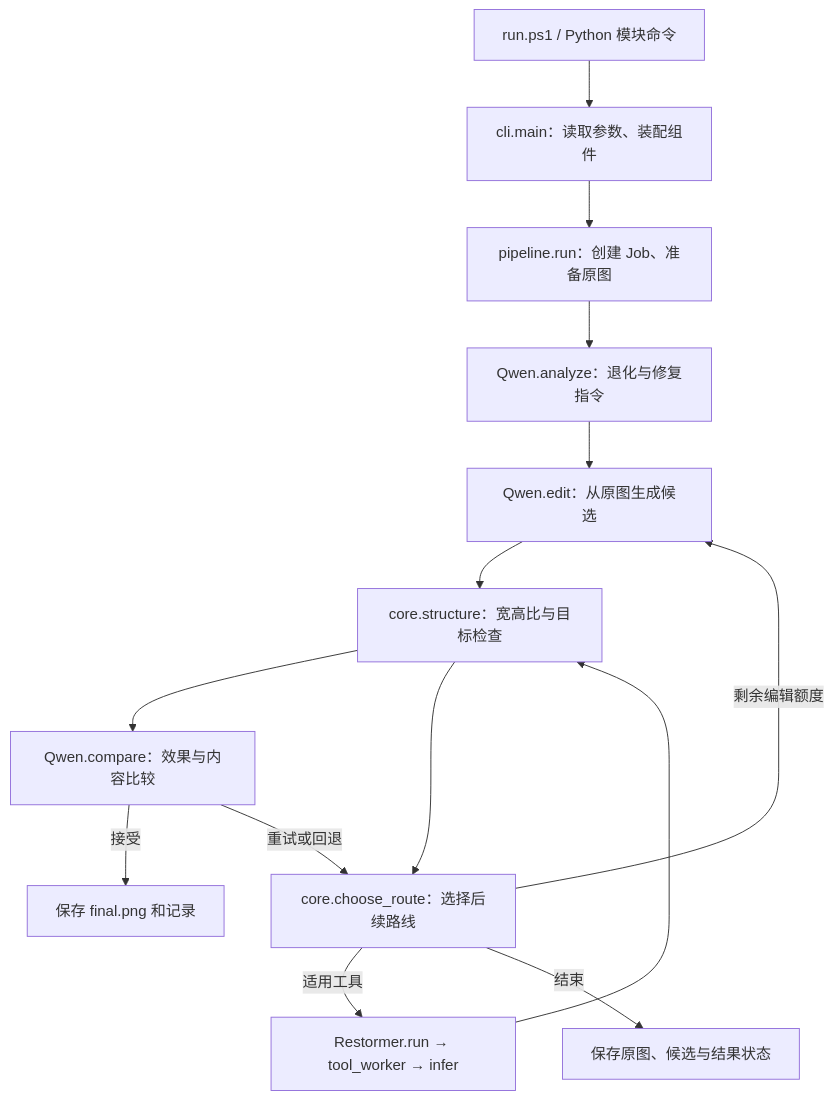
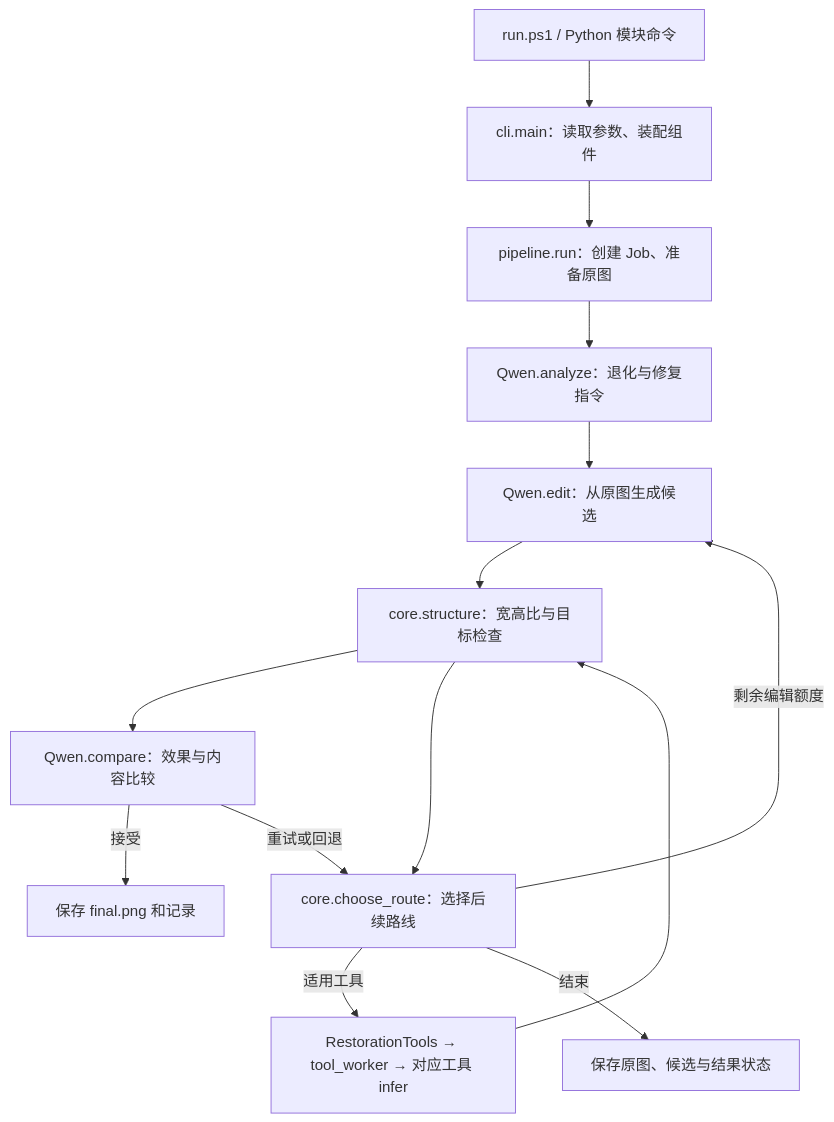
Before and after one commit to JOHNEIX/Agentrestoration: the diagram in 项目结构.md, drawn with Mermaid. The commit also changed other lines of this file and 21 other files, not shown here.

````diff
--- a/项目结构.md
+++ b/项目结构.md
@@ -128,16 +134,16 @@
 ```mermaid
 flowchart TD
     A[run.ps1 / Python 模块命令] --> B[cli.main：读取参数、装配组件]
     B --> C[pipeline.run：创建 Job、准备原图]
     C --> D[Qwen.analyze：退化与修复指令]
     D --> E[Qwen.edit：从原图生成候选]
     E --> V[core.structure：宽高比与目标检查]
     V --> Q[Qwen.compare：效果与内容比较]
     V --> R[core.choose_route：选择后续路线]
     Q -->|接受| F[保存 final.png 和记录]
     Q -->|重试或回退| R
     R -->|剩余编辑额度| E
-    R -->|适用工具| T[Restormer.run → tool_worker → infer]
+    R -->|适用工具| T[RestorationTools → tool_worker → 对应工具 infer]
     T --> V
     R -->|结束| S[保存原图、候选与结果状态]
 ```
````
